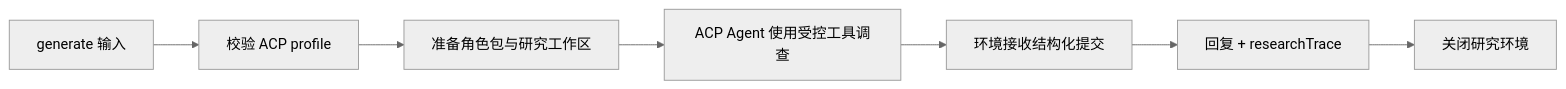
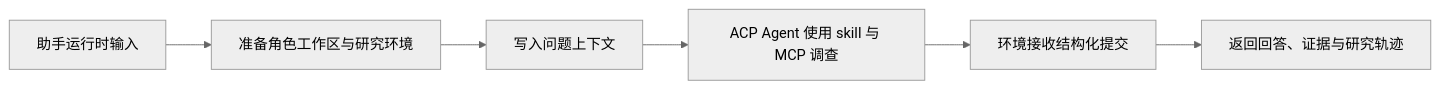
Before and after one commit to lejunyang/omem: the diagram in .repo-review/knowledge/articles/12661f71bb7b912e4993949f4b3d1d6f22c399845d20c1cbced17ce858b7b0cf.md, drawn with Mermaid (neutral theme). The commit also changed other lines of this file and 10 other files, not shown here.

````diff
--- a/.repo-review/knowledge/articles/12661f71bb7b912e4993949f4b3d1d6f22c399845d20c1cbced17ce858b7b0cf.md
+++ b/.repo-review/knowledge/articles/12661f71bb7b912e4993949f4b3d1d6f22c399845d20c1cbced17ce858b7b0cf.md
@@ -19,9 +19,8 @@
 ```mermaid
 flowchart LR
-  A[generate 输入] --> B[校验 ACP profile]
-  B --> C[准备角色包与研究工作区]
-  C --> D[ACP Agent 使用受控工具调查]
+  A[助手运行时输入] --> B[准备角色工作区与研究环境]
+  B --> C[写入问题上下文]
+  C --> D[ACP Agent 使用 skill 与 MCP 调查]
   D --> E[环境接收结构化提交]
-  E --> F[回复 + researchTrace]
-  F --> G[关闭研究环境]
+  E --> F[返回回答、证据与研究轨迹]
 ```
````
